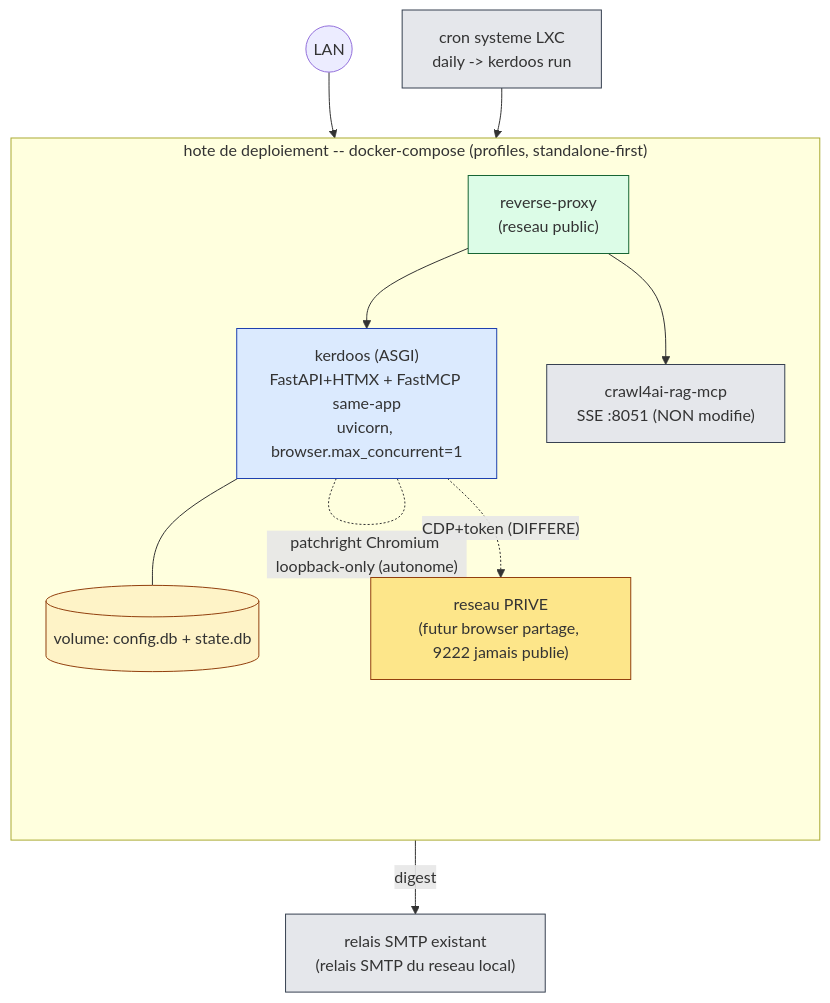
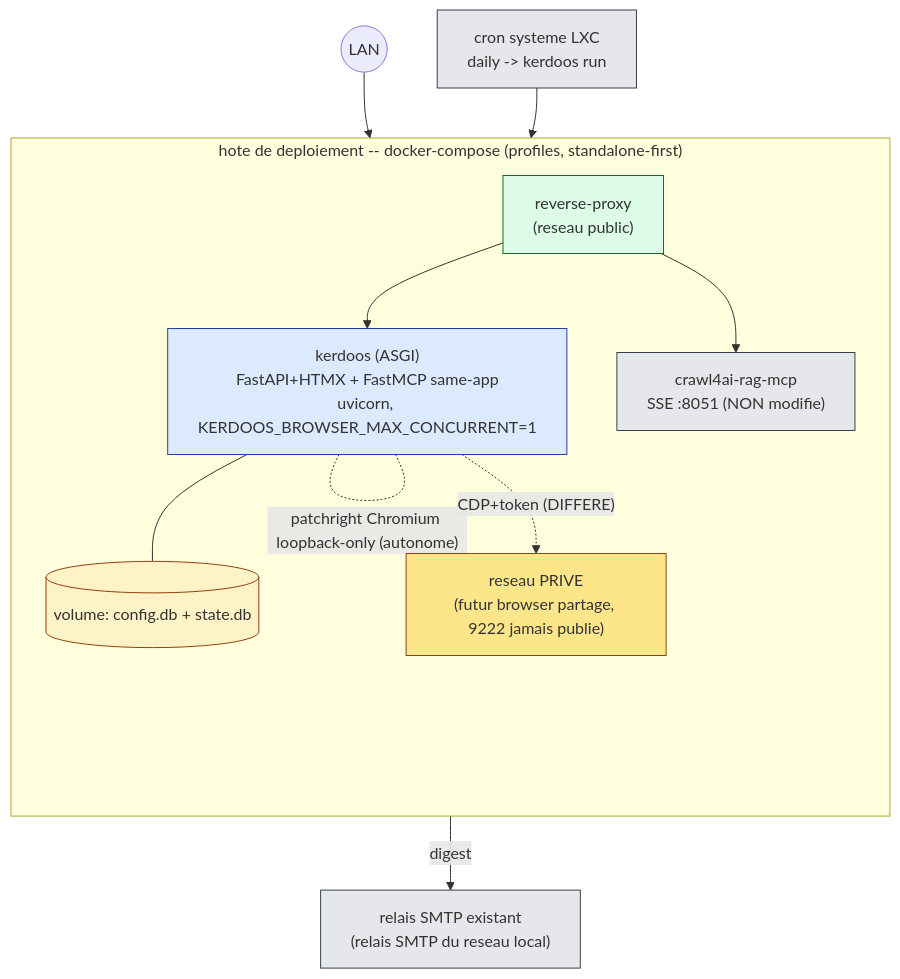
Before and after one commit to VOCSAP/kerdoos: the third of 3 diagrams in docs/adr/0001-plateforme-post-mvp-webui-mcp-multitenant.md, drawn with Mermaid. The commit also changed other lines of this file, not shown here.

````diff
--- a/docs/adr/0001-plateforme-post-mvp-webui-mcp-multitenant.md
+++ b/docs/adr/0001-plateforme-post-mvp-webui-mcp-multitenant.md
@@ -628,20 +632,20 @@
 ```mermaid
 flowchart TB
   LAN(("LAN")) --> RP["reverse-proxy<br/>(reseau public)"]:::net
   subgraph LXC["hote de deploiement -- docker-compose (profiles, standalone-first)"]
     direction TB
-    RP --> WEBAPP["kerdoos (ASGI)<br/>FastAPI+HTMX + FastMCP same-app<br/>uvicorn, browser.max_concurrent=1"]:::svc
+    RP --> WEBAPP["kerdoos (ASGI)<br/>FastAPI+HTMX + FastMCP same-app<br/>uvicorn, KERDOOS_BROWSER_MAX_CONCURRENT=1"]:::svc
     RP --> CRAWLSSE["crawl4ai-rag-mcp<br/>SSE :8051 (NON modifie)"]:::ext
     WEBAPP --- VOL[("volume: config.db + state.db")]:::vol
     WEBAPP -. "patchright Chromium loopback-only (autonome)" .- WEBAPP
     NETPRIV["reseau PRIVE<br/>(futur browser partage, 9222 jamais publie)"]:::netp
     WEBAPP -.->|"CDP+token (DIFFERE)"| NETPRIV
   end
   CRON["cron systeme LXC<br/>daily -> kerdoos run"]:::ext --> WEBAPP
   WEBAPP -->|digest| SMTP["relais SMTP existant<br/>(relais SMTP du reseau local)"]:::ext
   classDef svc fill:#dbeafe,stroke:#1e40af;
   classDef vol fill:#fef3c7,stroke:#92400e;
   classDef ext fill:#e5e7eb,stroke:#374151;
   classDef net fill:#dcfce7,stroke:#166534;
   classDef netp fill:#fde68a,stroke:#92400e;
 ```
````
